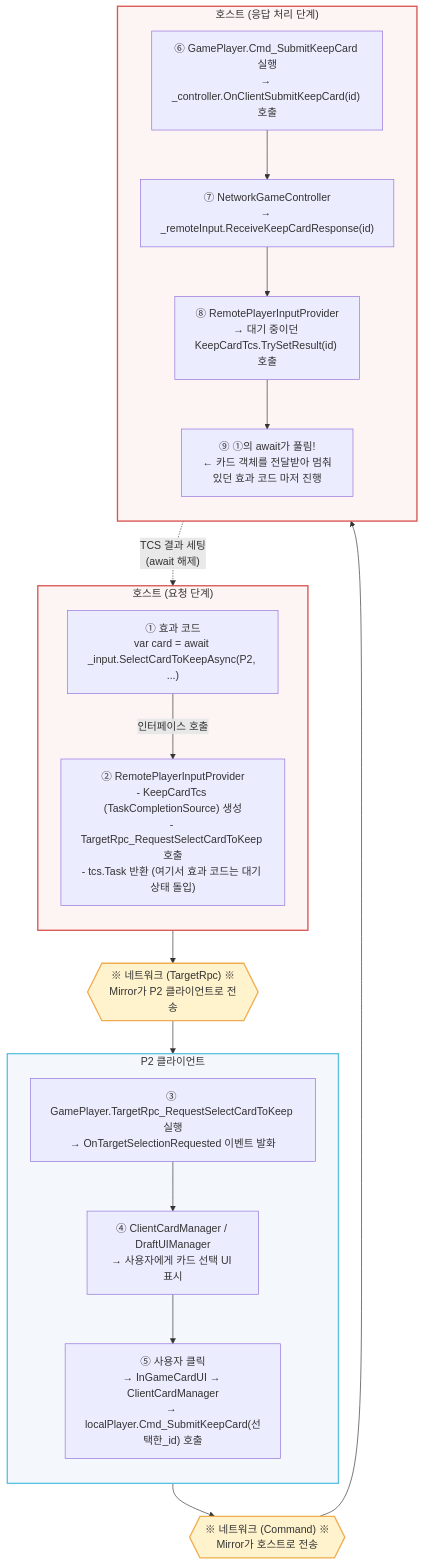
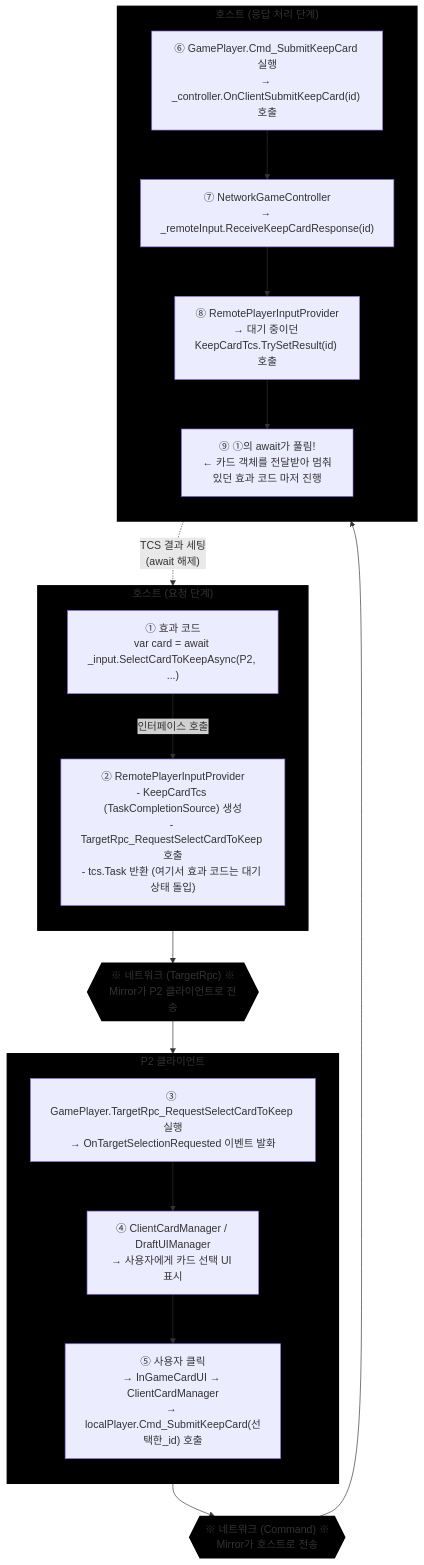
One commit to applejin0105/Cultist_Public changed diagram 12 of 12 in README.md. Above: the diagram before and after it, drawn with Mermaid. The commit also changed other lines of this file, not shown here.

````diff
--- a/README.md
+++ b/README.md
@@ -2584,53 +2584,53 @@
 ```mermaid
 flowchart TD
     subgraph Host_Req ["호스트 (요청 단계)"]
         direction TB
         Step1["① 효과 코드\nvar card = await _input.SelectCardToKeepAsync(P2, ...)"]
         Step2["② RemotePlayerInputProvider\n- KeepCardTcs (TaskCompletionSource) 생성\n- TargetRpc_RequestSelectCardToKeep 호출\n- tcs.Task 반환 (여기서 효과 코드는 대기 상태 돌입)"]
         
         Step1 -->|인터페이스 호출| Step2
     end
 
     Net1{{"※ 네트워크 (TargetRpc) ※\nMirror가 P2 클라이언트로 전송"}}
 
     Step2 --> Net1
 
     subgraph Client ["P2 클라이언트"]
         direction TB
         Step3["③ GamePlayer.TargetRpc_RequestSelectCardToKeep 실행\n→ OnTargetSelectionRequested 이벤트 발화"]
         Step4["④ ClientCardManager / DraftUIManager\n→ 사용자에게 카드 선택 UI 표시"]
         Step5["⑤ 사용자 클릭\n→ InGameCardUI → ClientCardManager\n→ localPlayer.Cmd_SubmitKeepCard(선택한_id) 호출"]
 
         Step3 --> Step4 --> Step5
     end
 
     Net1 --> Step3
 
     Net2{{"※ 네트워크 (Command) ※\nMirror가 호스트로 전송"}}
 
     Step5 --> Net2
 
     subgraph Host_Res ["호스트 (응답 처리 단계)"]
         direction TB
         Step6["⑥ GamePlayer.Cmd_SubmitKeepCard 실행\n→ _controller.OnClientSubmitKeepCard(id) 호출"]
         Step7["⑦ NetworkGameController\n→ _remoteInput.ReceiveKeepCardResponse(id)"]
         Step8["⑧ RemotePlayerInputProvider\n→ 대기 중이던 KeepCardTcs.TrySetResult(id) 호출"]
         Step9["⑨ ①의 await가 풀림!\n← 카드 객체를 전달받아 멈춰있던 효과 코드 마저 진행"]
 
         Step6 --> Step7 --> Step8 --> Step9
     end
 
     Net2 --> Step6
     
     %% TCS await 해제 흐름을 시각적으로 강조하는 점선
     Step8 -. "TCS 결과 세팅\n(await 해제)" .-> Step1
 
     %% 스타일링
-    classDef host fill:#fdf4f4,stroke:#d9534f,stroke-width:2px;
-    classDef client fill:#f4f8fd,stroke:#5bc0de,stroke-width:2px;
-    classDef network fill:#fff3cd,stroke:#f0ad4e,stroke-width:2px;
+    classDef host fill:#000000,stroke:#000000,stroke-width:2px;
+    classDef client fill:#000000,stroke:#000000,stroke-width:2px;
+    classDef network fill:#000000,stroke:#000000,stroke-width:2px;
 
     class Host_Req,Host_Res host;
     class Client client;
     class Net1,Net2 network;
 ```
````
